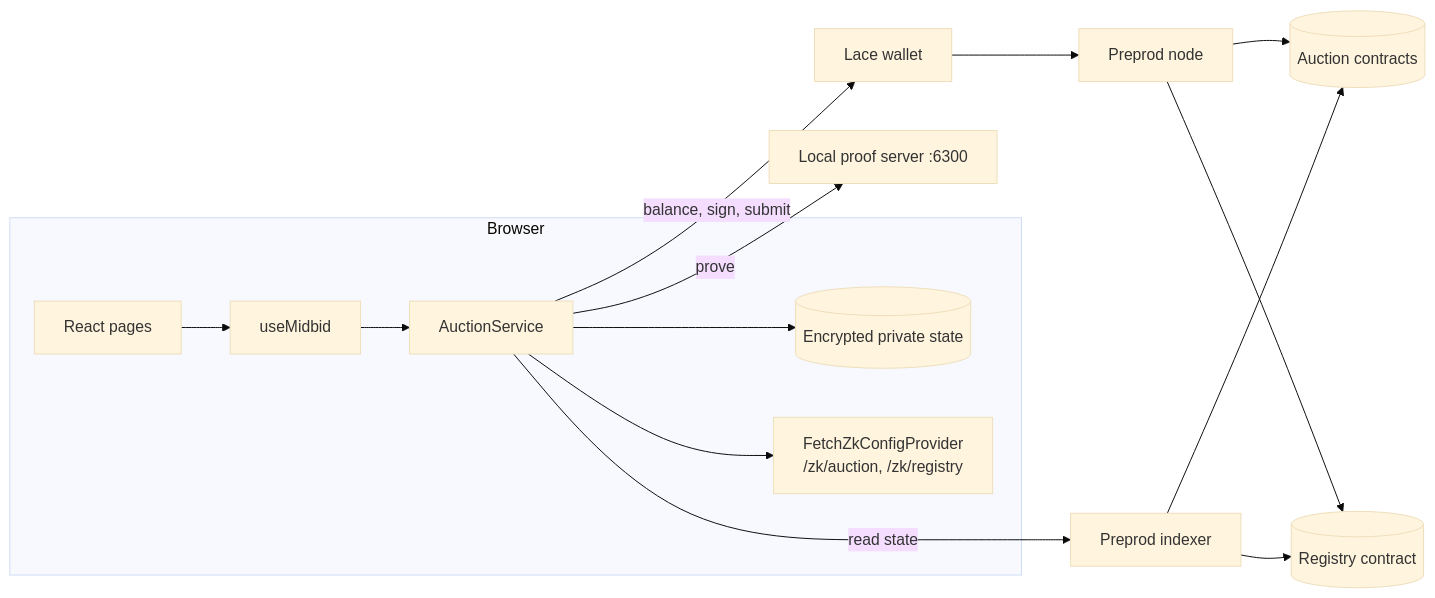
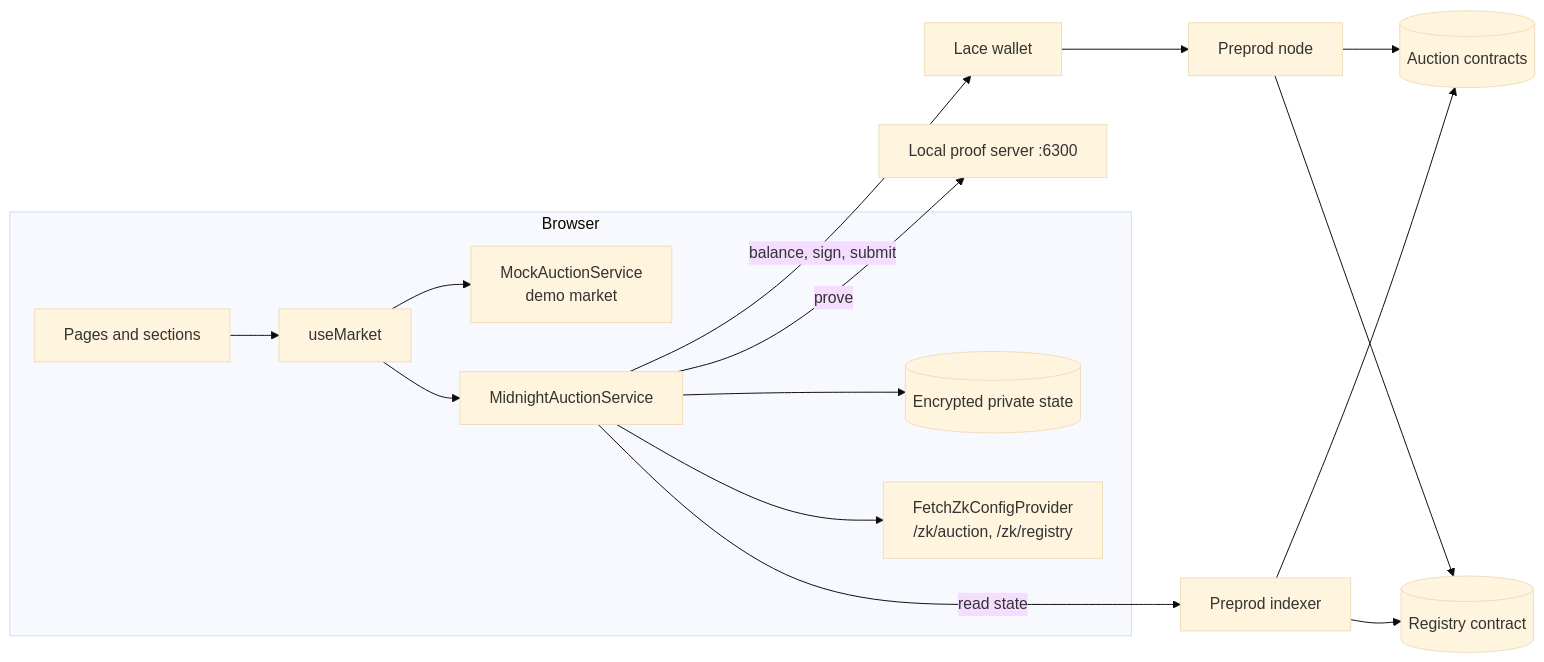
Before and after one commit to JayCul/midbid: the diagram in docs/ARCHITECTURE.md, drawn with Mermaid (base theme). The commit also changed other lines of this file and 1 other file, not shown here.

Commit message:
Document the service architecture, demo market and project structure

````diff
--- a/docs/ARCHITECTURE.md
+++ b/docs/ARCHITECTURE.md
@@ -5,17 +10,18 @@
 ```mermaid
 flowchart LR
     subgraph Browser
-        UI[React pages] --> Hook[useMidbid]
-        Hook --> Service[AuctionService]
+        UI[Pages and sections] --> Hook[useMarket]
+        Hook --> Mock[MockAuctionService<br/>demo market]
+        Hook --> Service[MidnightAuctionService]
         Service --> PSP[(Encrypted private state)]
         Service --> ZK[FetchZkConfigProvider<br/>/zk/auction, /zk/registry]
     end
     Service -- prove --> Proof[Local proof server :6300]
     Service -- balance, sign, submit --> Lace[Lace wallet]
     Service -- read state --> Indexer[Preprod indexer]
     Lace --> Node[Preprod node]
     Node --> Auctions[(Auction contracts)]
     Node --> Registry[(Registry contract)]
     Indexer --> Auctions
     Indexer --> Registry
 ```
````
